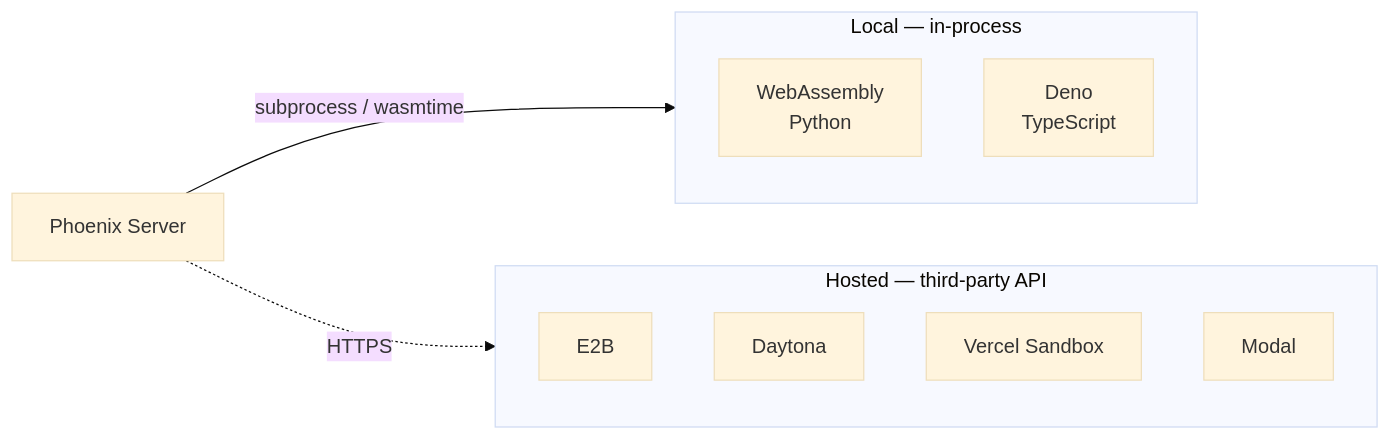
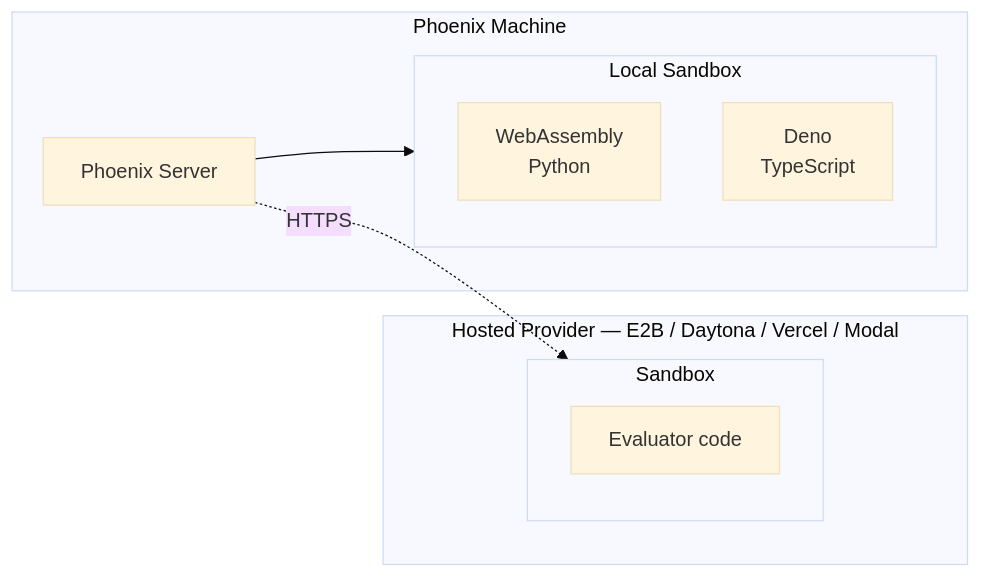
The second of 2 diagrams in docs/phoenix/evaluation/server-evals/code-evaluators.mdx (Arize-ai/phoenix), drawn with Mermaid (base theme) before and after one commit. The commit also changed other lines of this file and 5 other files, not shown here.

````diff
--- a/docs/phoenix/evaluation/server-evals/code-evaluators.mdx
+++ b/docs/phoenix/evaluation/server-evals/code-evaluators.mdx
@@ -126,19 +127,19 @@
 ```mermaid
 flowchart LR
-    Phoenix[Phoenix Server]
-
-    subgraph local [Local — in-process]
-        WASM[WebAssembly<br/>Python]
-        Deno[Deno<br/>TypeScript]
+    subgraph phoenixHost ["Phoenix Machine"]
+        Server[Phoenix Server]
+        subgraph localBox ["Local Sandbox"]
+            WASM[WebAssembly<br/>Python]
+            Deno[Deno<br/>TypeScript]
+        end
+        Server --> localBox
     end
 
-    subgraph hosted [Hosted — third-party API]
-        E2B[E2B]
-        Daytona[Daytona]
-        Vercel[Vercel Sandbox]
-        Modal[Modal]
+    subgraph provider ["Hosted Provider — E2B / Daytona / Vercel / Modal"]
+        subgraph hostedBox ["Sandbox"]
+            Code[Evaluator code]
+        end
     end
 
-    Phoenix -->|subprocess / wasmtime| local
-    Phoenix -.->|HTTPS| hosted
+    Server -. HTTPS .-> hostedBox
 ```
````
